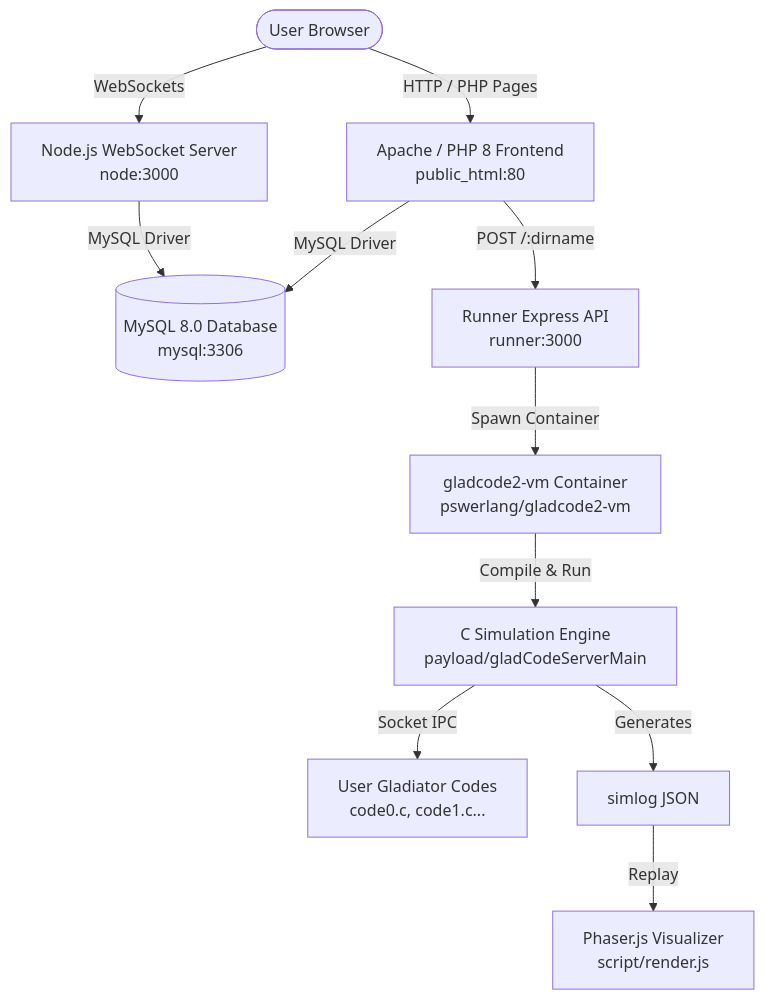
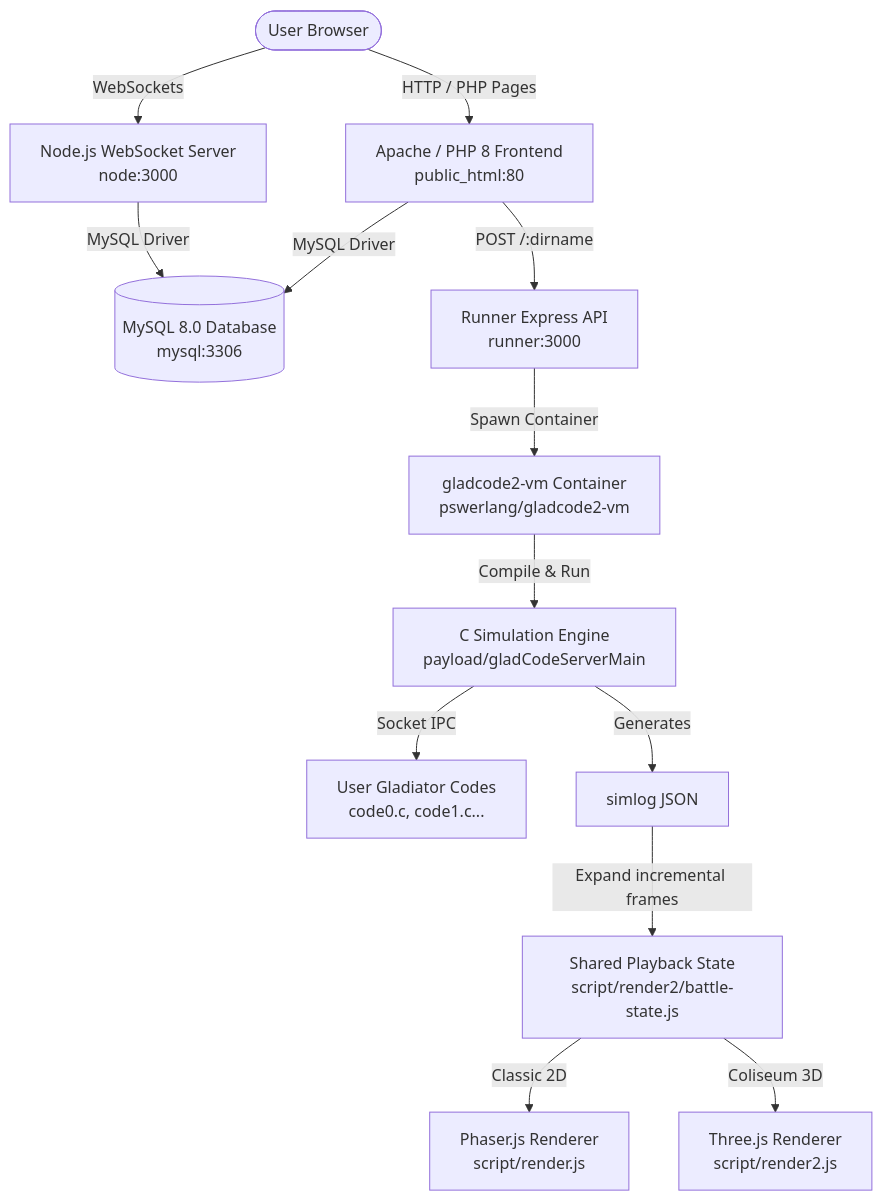
Before and after one commit to werlang/gladCode2: the diagram in README.md, drawn with Mermaid. The commit also changed other lines of this file and 2 other files, not shown here.

Commit message:
docs(playback): document selectable battle renderers

````diff
--- a/README.md
+++ b/README.md
@@ -11,13 +11,15 @@
 ```mermaid
 flowchart TD
     User([User Browser]) -->|HTTP / PHP Pages| Apache[Apache / PHP 8 Frontend\npublic_html:80]
     User -->|WebSockets| Node[Node.js WebSocket Server\nnode:3000]
     Apache -->|MySQL Driver| DB[(MySQL 8.0 Database\nmysql:3306)]
     Node -->|MySQL Driver| DB
     Apache -->|POST /:dirname| Runner[Runner Express API\nrunner:3000]
     Runner -->|Spawn Container| VM[gladcode2-vm Container\npswerlang/gladcode2-vm]
     VM -->|Compile & Run| Payload[C Simulation Engine\npayload/gladCodeServerMain]
     Payload -->|Socket IPC| GladiatorCodes[User Gladiator Codes\ncode0.c, code1.c...]
     Payload -->|Generates| SimLog[simlog JSON]
-    SimLog -->|Replay| Phaser[Phaser.js Visualizer\nscript/render.js]
+    SimLog -->|Expand incremental frames| Playback[Shared Playback State\nscript/render2/battle-state.js]
+    Playback -->|Classic 2D| Phaser[Phaser.js Renderer\nscript/render.js]
+    Playback -->|Coliseum 3D| Three[Three.js Renderer\nscript/render2.js]
 ```
````
